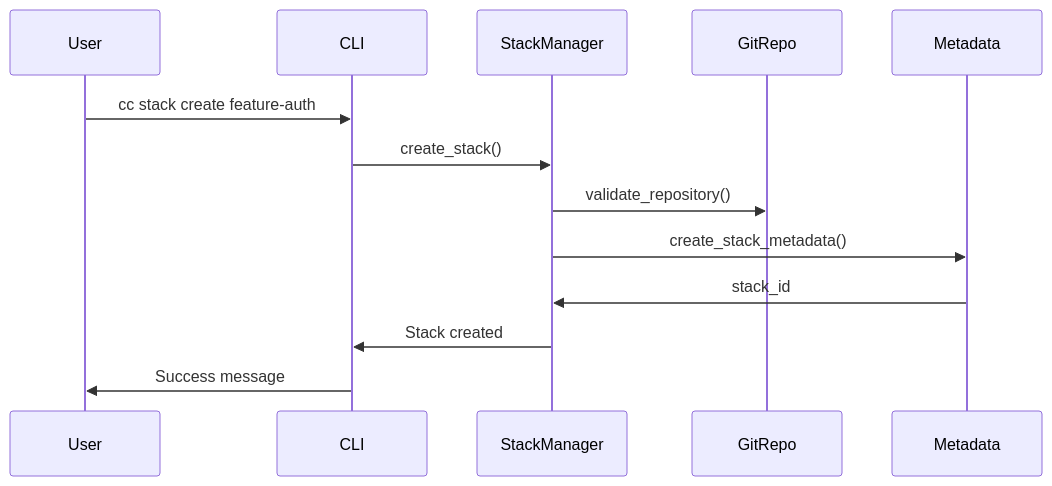
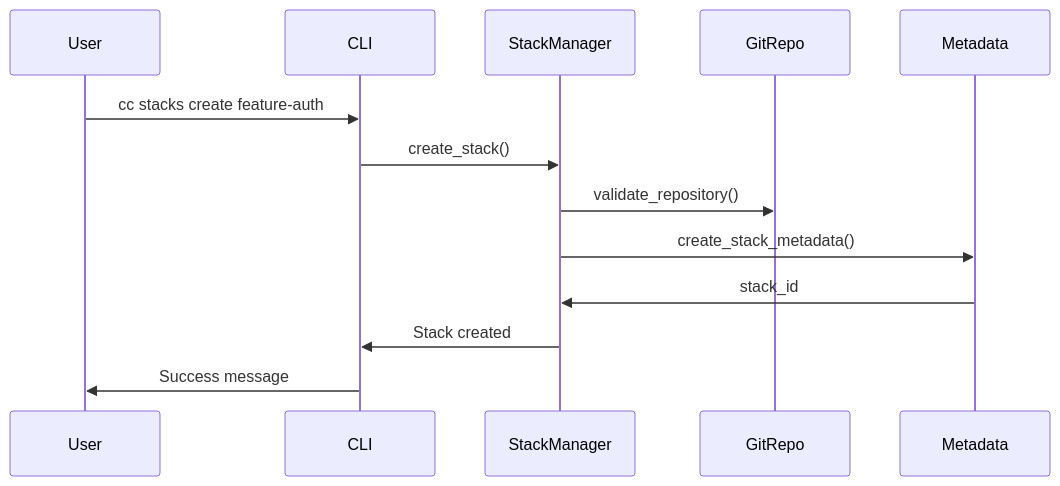
Before and after one commit to JAManfredi/cascade-cli: the second of 4 diagrams in docs/ARCHITECTURE.md, drawn with Mermaid. The commit also changed 22 other files, not shown here.

First line of the commit message:
feat: reorganize README structure for better user flow

````diff
--- a/docs/ARCHITECTURE.md
+++ b/docs/ARCHITECTURE.md
@@ -148,16 +148,16 @@
 ```mermaid
 sequenceDiagram
     participant User
     participant CLI
     participant StackManager
     participant GitRepo
     participant Metadata
 
-    User->>CLI: cc stack create feature-auth
+    User->>CLI: cc stacks create feature-auth
     CLI->>StackManager: create_stack()
     StackManager->>GitRepo: validate_repository()
     StackManager->>Metadata: create_stack_metadata()
     Metadata->>StackManager: stack_id
     StackManager->>CLI: Stack created
     CLI->>User: Success message
 ```
````
